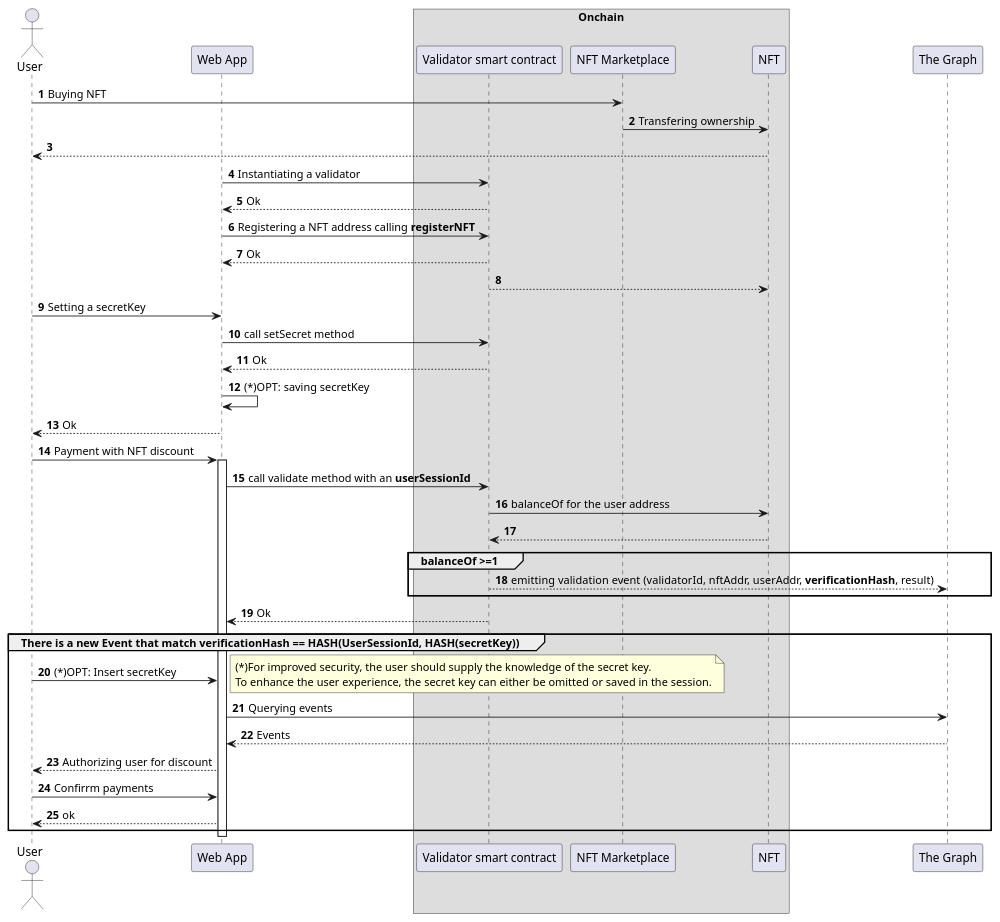
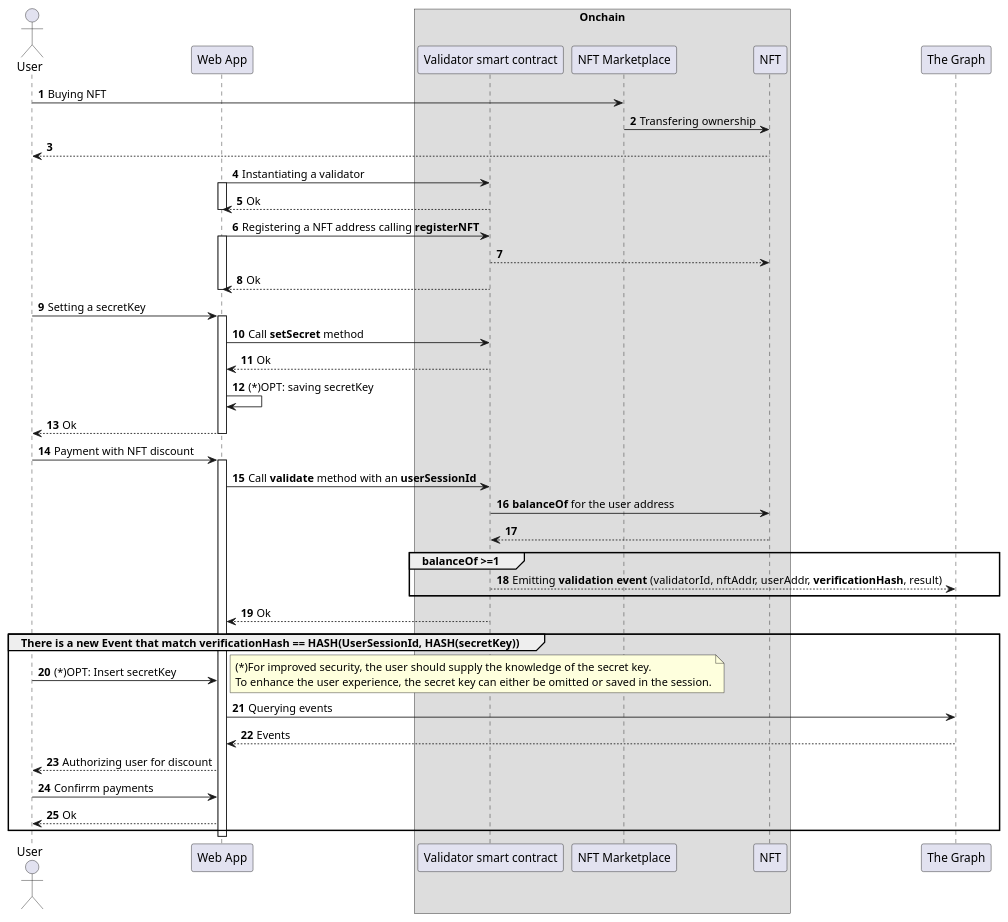
One commit to kchain-solutions/ERC721-validation changed the diagram in plantuml/sequence.puml. Above: the diagram before and after it, drawn with PlantUML. The commit also changed 12 other files, not shown here.

```diff
--- a/plantuml/sequence.puml
+++ b/plantuml/sequence.puml
@@ -1,51 +1,57 @@
-@startuml ERC721Validator flow
+@startuml
 autonumber
 actor user as "User"
 participant client as "Web App"
 box "Onchain"
 	participant validator as "Validator smart contract"
 	participant nftm as "NFT Marketplace"
 	participant nft as "NFT"
 end box 
 participant graph as "The Graph"
 
 user -> nftm: Buying NFT
 nftm -> nft: Transfering ownership
 nft --> user
 
 client -> validator: Instantiating a validator
+activate client
 validator --> client: Ok
+deactivate client
 client -> validator: Registering a NFT address calling **registerNFT**
+activate client
+validator --> nft
 validator --> client: Ok
-validator --> nft
+deactivate client
 
 user -> client: Setting a secretKey
-client -> validator: call setSecret method
+activate client
+client -> validator: Call **setSecret** method
 validator --> client: Ok 
 client -> client: (*)OPT: saving secretKey
 client --> user: Ok
+deactivate client
 
 user -> client: Payment with NFT discount  
 activate client
 
-	client -> validator: call validate method with an **userSessionId**
-	validator -> nft: balanceOf for the user address 
+	client -> validator: Call **validate** method with an **userSessionId**
+	validator -> nft: **balanceOf** for the user address 
 	nft --> validator
 
 	group balanceOf >=1
-		validator --> graph: emitting validation event (validatorId, nftAddr, userAddr, **verificationHash**, result)
+		validator --> graph: Emitting **validation event** (validatorId, nftAddr, userAddr, **verificationHash**, result)
 	end group
     validator --> client: Ok
 
 	group There is a new Event that match **verificationHash** == HASH(UserSessionId, HASH(secretKey))
     	user -> client: (*)OPT: Insert secretKey
         note right: (*)For improved security, the user should supply the knowledge of the secret key.\nTo enhance the user experience, the secret key can either be omitted or saved in the session.
 		client -> graph: Querying events
 		graph --> client: Events
 		client  --> user: Authorizing user for discount
 		user -> client: Confirrm payments
-		client --> user: ok
+		client --> user: Ok
 end group
 
 deactivate client
 @enduml
```
